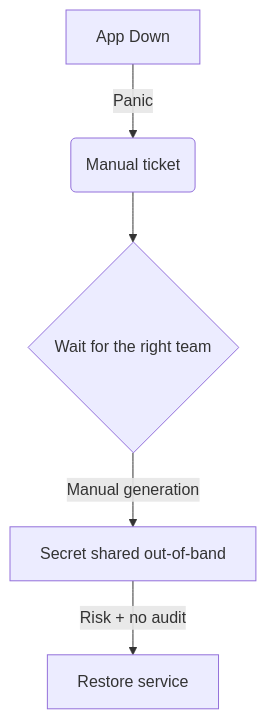
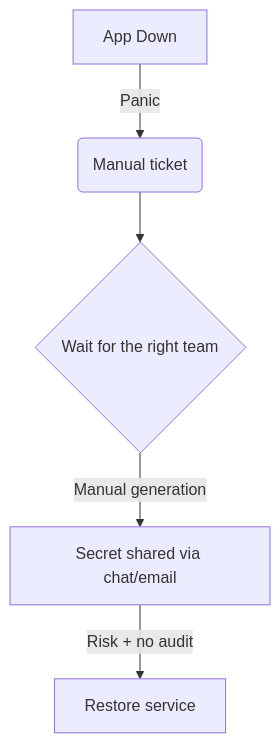
One commit to macel94/Technical-Sessions changed the diagram in 2026/02/Sharpcoding/docs/slidev/pages/02-problem.md. Above: the diagram before and after it, drawn with Mermaid. The commit also changed other lines of this file and 5 other files, not shown here.

````diff
--- a/2026/02/Sharpcoding/docs/slidev/pages/02-problem.md
+++ b/2026/02/Sharpcoding/docs/slidev/pages/02-problem.md
@@ -22,7 +17,7 @@
 ```mermaid {scale: 0.6}
 graph TD
   A[App Down] -->|Panic| B(Manual ticket)
   B --> C{Wait for the right team}
-  C -->|Manual generation| D[Secret shared out-of-band]
+  C -->|Manual generation| D[Secret shared via chat/email]
   D -->|Risk + no audit| E[Restore service]
 ```
````
